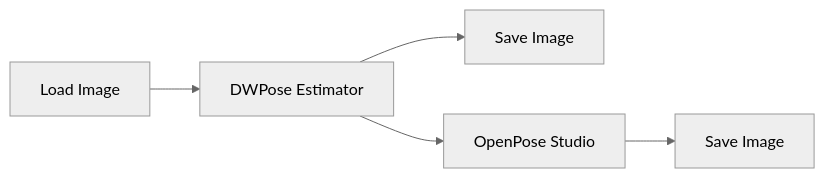
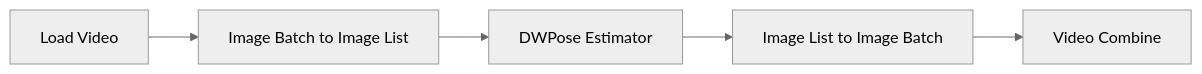
One commit to felipebottega/AI-Audiovisual-Lab changed the diagram in ComfyUI/Guide-ComfyUI-Pose-Video.md. Above: the diagram before and after it, drawn with Mermaid (neutral theme). The commit also changed other lines of this file, not shown here.

````diff
--- a/ComfyUI/Guide-ComfyUI-Pose-Video.md
+++ b/ComfyUI/Guide-ComfyUI-Pose-Video.md
@@ -13,5 +11,4 @@
 ```mermaid
 flowchart LR
-    A[Load Image] --> B[DWPose Estimator] --> C[Save Image]
-    B --> D[OpenPose Studio] --> E[Save Image]
+    A[Load Video] --> B[Image Batch to Image List] --> C[DWPose Estimator] --> D[Image List to Image Batch] --> E[Video Combine]
 ```
````
